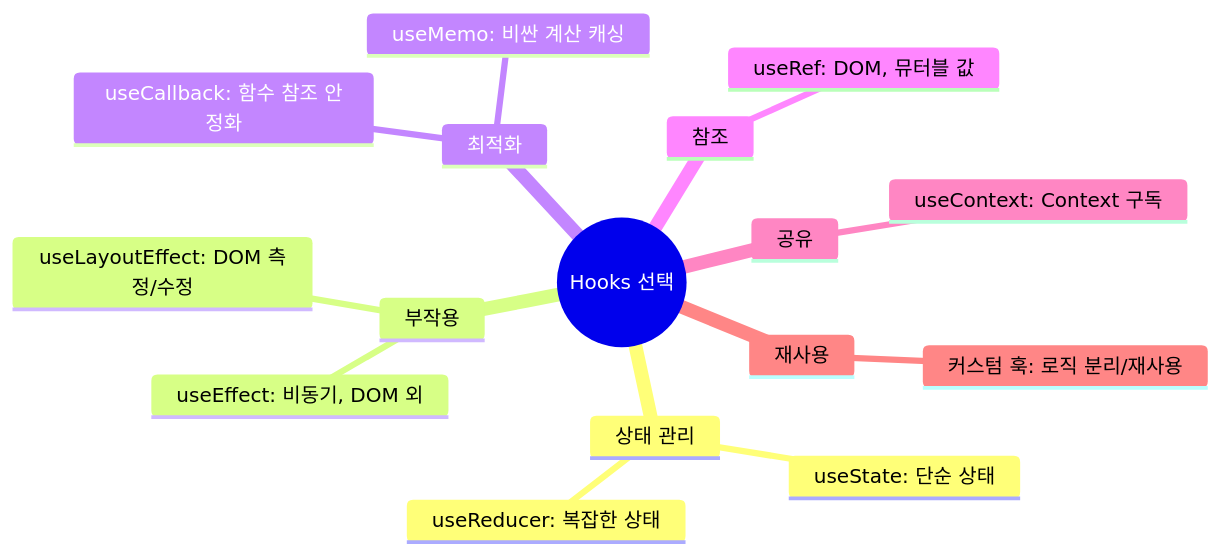
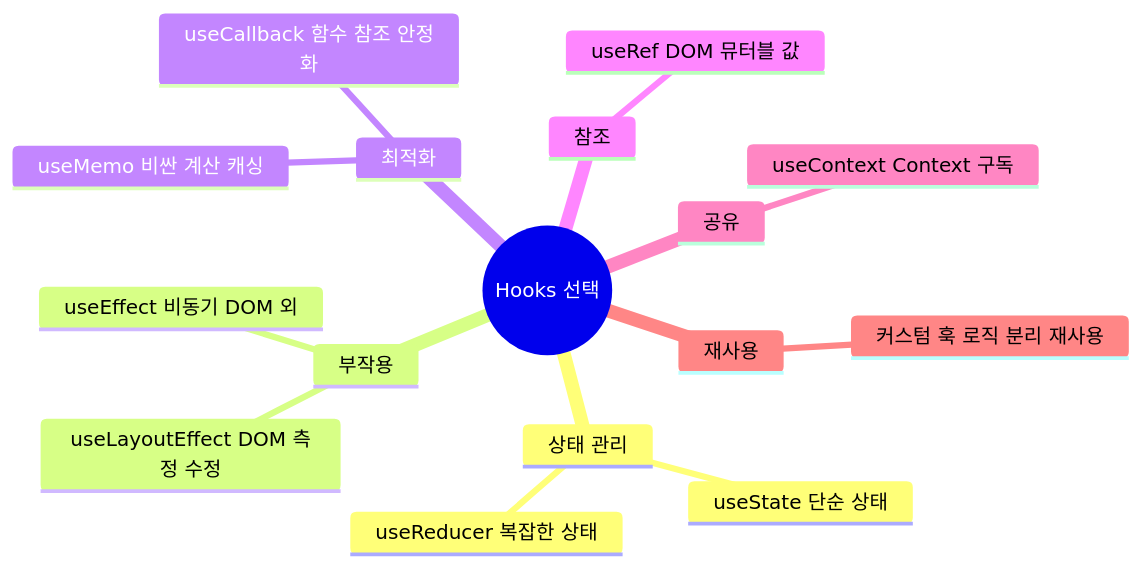
Before and after one commit to yjkim2015/yjkim2015.github.io: the sixth of 6 diagrams in _posts/frontend/2026-05-02-react-hooks.md, drawn with Mermaid. The commit also changed other lines of this file and 122 other files, not shown here.

````diff
--- a/_posts/frontend/2026-05-02-react-hooks.md
+++ b/_posts/frontend/2026-05-02-react-hooks.md
@@ -592,19 +489,19 @@
 ```mermaid
 mindmap
   root((Hooks 선택))
     상태 관리
-      useState: 단순 상태
-      useReducer: 복잡한 상태
+      useState 단순 상태
+      useReducer 복잡한 상태
     부작용
-      useEffect: 비동기, DOM 외
-      useLayoutEffect: DOM 측정/수정
+      useEffect 비동기 DOM 외
+      useLayoutEffect DOM 측정 수정
     최적화
-      useMemo: 비싼 계산 캐싱
-      useCallback: 함수 참조 안정화
+      useMemo 비싼 계산 캐싱
+      useCallback 함수 참조 안정화
     참조
-      useRef: DOM, 뮤터블 값
+      useRef DOM 뮤터블 값
     공유
-      useContext: Context 구독
+      useContext Context 구독
     재사용
-      커스텀 훅: 로직 분리/재사용
+      커스텀 훅 로직 분리 재사용
 ```
````
